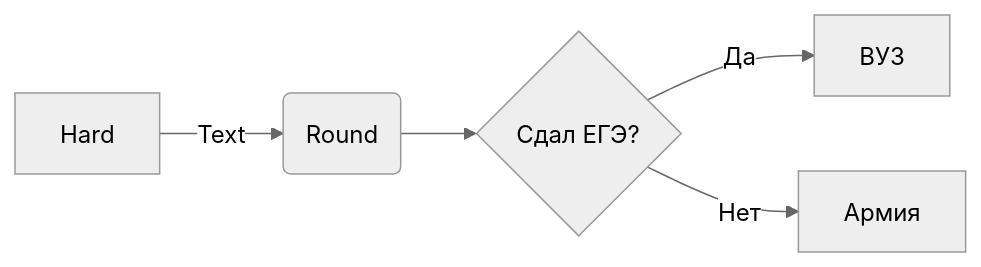
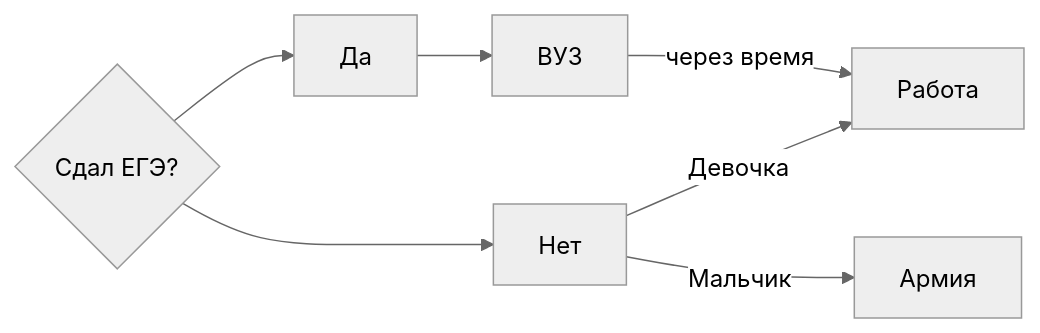
Before and after one commit to taya0001/-: the diagram in README.md, drawn with Mermaid (neutral theme).

````diff
--- a/README.md
+++ b/README.md
@@ -37,8 +37,11 @@
 ```mermaid
 flowchart LR
 
-A[Hard] -->|Text| B(Round)
-B --> C{Сдал ЕГЭ?}
-C -->|Да| D[ВУЗ]
-C -->|Нет| E[Армия]
+C{Сдал ЕГЭ?}
+C -->D[Да]
+D -->F[ВУЗ]
+F -->|через время| В
+C -->E[Нет]
+E -->|Мальчик| A[Армия]
+E -->|Девочка| В[Работа]
 ```
````
